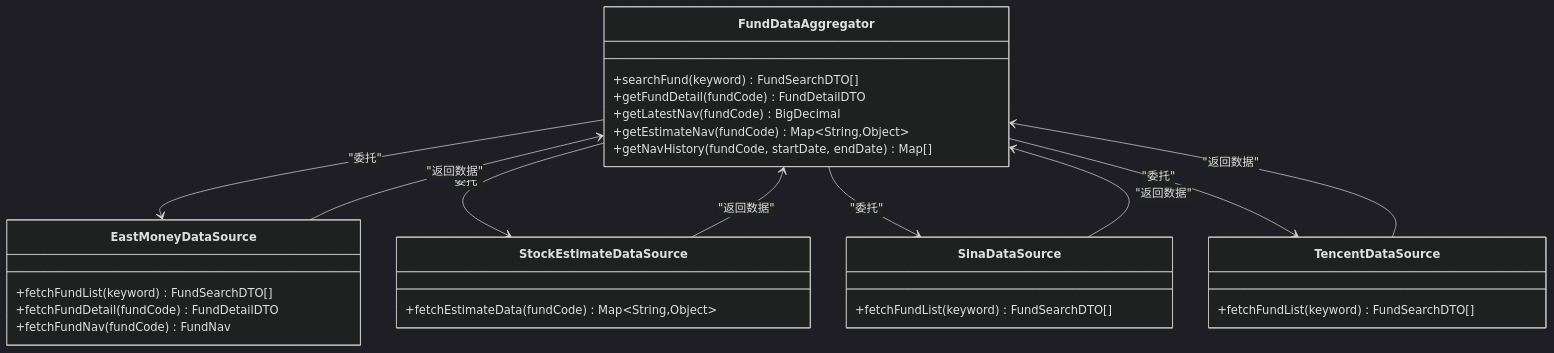
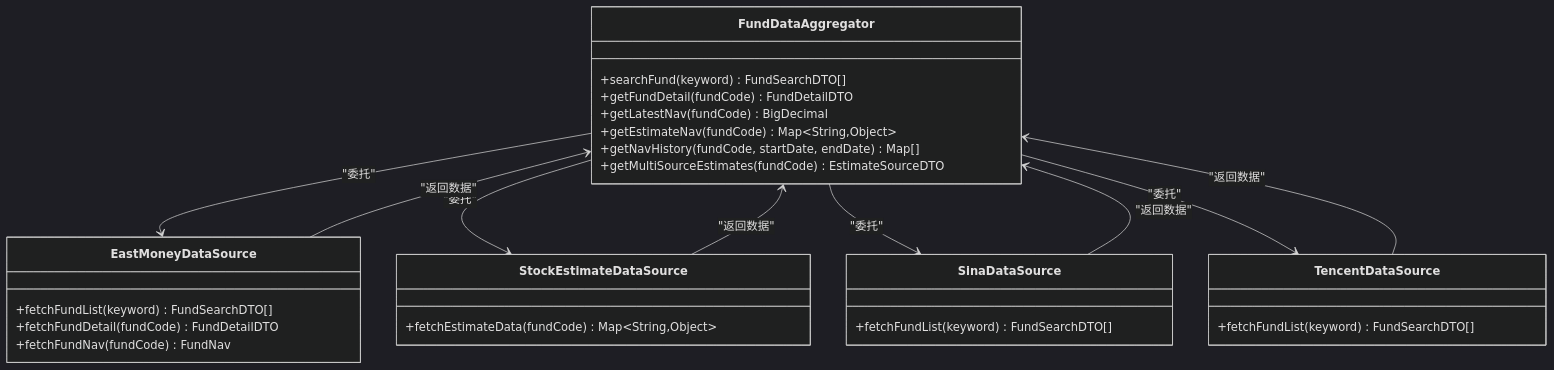
Before and after one commit to gree-coder/fund-butler: the ninth of 21 diagrams in .qoder/repowiki/zh/content/核心功能开发/核心功能开发.md, drawn with Mermaid (dark theme). The commit also changed other lines of this file and 9 other files, not shown here.

````diff
--- a/.qoder/repowiki/zh/content/核心功能开发/核心功能开发.md
+++ b/.qoder/repowiki/zh/content/核心功能开发/核心功能开发.md
@@ -523,32 +587,33 @@
 ```mermaid
 classDiagram
 class FundDataAggregator {
 +searchFund(keyword) FundSearchDTO[]
 +getFundDetail(fundCode) FundDetailDTO
 +getLatestNav(fundCode) BigDecimal
 +getEstimateNav(fundCode) Map~String,Object~
 +getNavHistory(fundCode, startDate, endDate) Map[]
++getMultiSourceEstimates(fundCode) EstimateSourceDTO
 }
 class EastMoneyDataSource {
 +fetchFundList(keyword) FundSearchDTO[]
 +fetchFundDetail(fundCode) FundDetailDTO
 +fetchFundNav(fundCode) FundNav
 }
 class StockEstimateDataSource {
 +fetchEstimateData(fundCode) Map~String,Object~
 }
 class SinaDataSource {
 +fetchFundList(keyword) FundSearchDTO[]
 }
 class TencentDataSource {
 +fetchFundList(keyword) FundSearchDTO[]
 }
 FundDataAggregator --> EastMoneyDataSource : "委托"
 FundDataAggregator --> StockEstimateDataSource : "委托"
 FundDataAggregator --> SinaDataSource : "委托"
 FundDataAggregator --> TencentDataSource : "委托"
 EastMoneyDataSource --> FundDataAggregator : "返回数据"
 StockEstimateDataSource --> FundDataAggregator : "返回数据"
 SinaDataSource --> FundDataAggregator : "返回数据"
 TencentDataSource --> FundDataAggregator : "返回数据"
 ```
````
